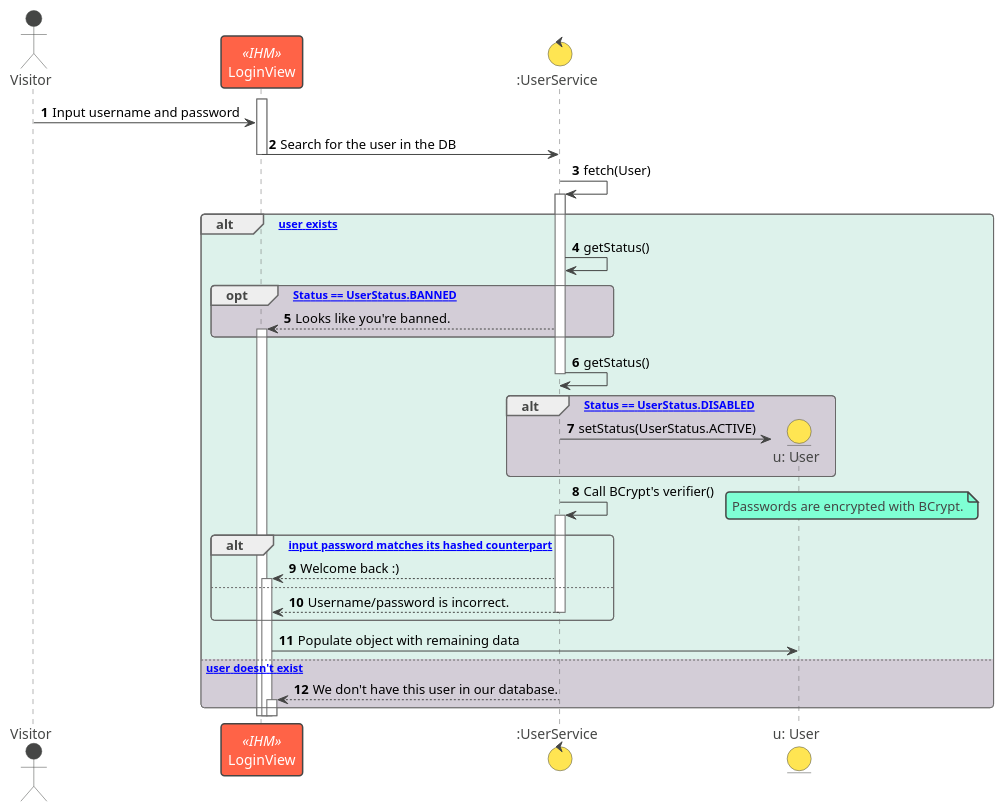
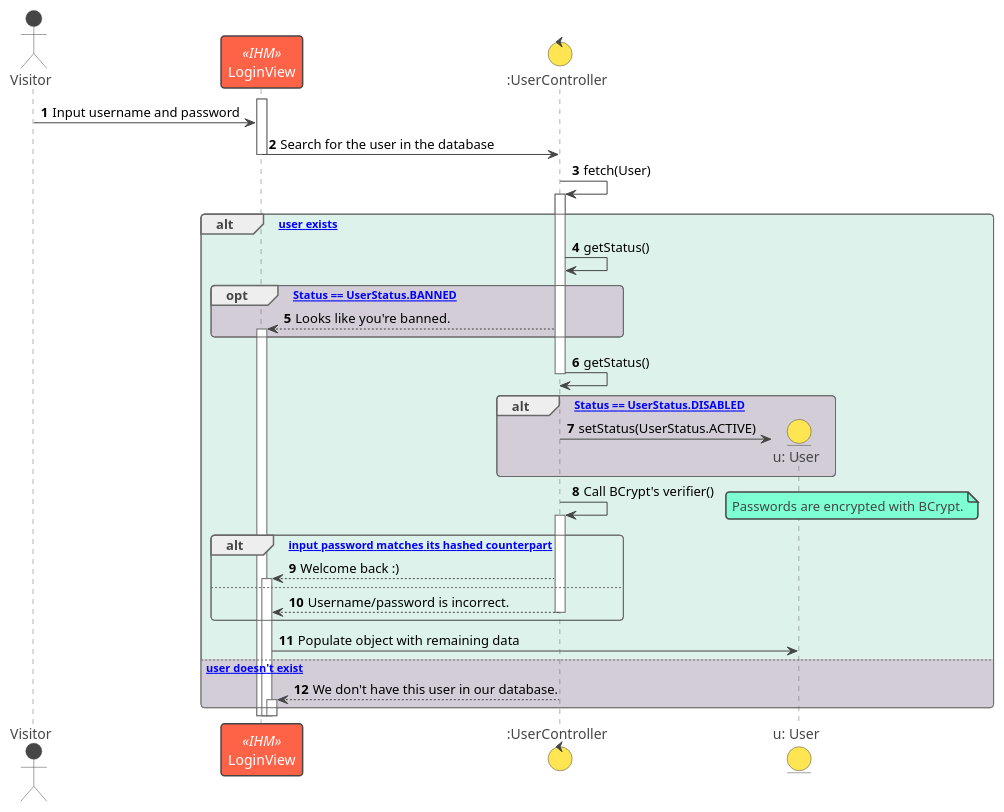
Before and after one commit to Druid-ESPRIT/magnum-docs: the first of 2 diagrams in doc/seq.org, drawn with PlantUML. The commit also changed other lines of this file and 4 other files, not shown here.

Commit message:
chore: update diagrams to reflect new stack

```diff
--- a/doc/seq.org
+++ b/doc/seq.org
@@ -6,50 +6,50 @@
 #+begin_src plantuml :file export/seq/user-auth.svg
 !theme vibrant
 
 actor Visitor as V
 participant "LoginView" as IHM << IHM >>
-control ":UserService" as Ctrl
+control ":UserController" as Ctrl
 entity "u: User" as User
 
 autonumber
 
 activate IHM
 V -> IHM: Input username and password
-IHM -> Ctrl: Search for the user in the DB
+IHM -> Ctrl: Search for the user in the database
 deactivate IHM
 Ctrl -> Ctrl: fetch(User)
 
 alt #DDF2EB [If user exists]
 
    activate Ctrl
    Ctrl -> Ctrl: getStatus()
    opt #D3CDD7 [If Status == UserStatus.BANNED]
       Ctrl --> IHM ++: Looks like you're banned.
    end
 
    Ctrl -> Ctrl --: getStatus()
 
    alt #D3CDD7 [If Status == UserStatus.DISABLED]
       Ctrl -> User **: setStatus(UserStatus.ACTIVE)
    end
 
    Ctrl -> Ctrl ++: Call BCrypt's verifier()
    note right
       Passwords are encrypted with BCrypt.
    end note
 
    alt [If input password matches its hashed counterpart]
       Ctrl --> IHM ++: Welcome back :)
    else
       Ctrl --> IHM --: Username/password is incorrect.
    end
 
    IHM -> User: Populate object with remaining data
    deactivate User
    
 else #D3CDD7 [If user doesn't exist]
 
    Ctrl --> IHM ++: We don't have this user in our database.
 
 end
 #+end_src
```
